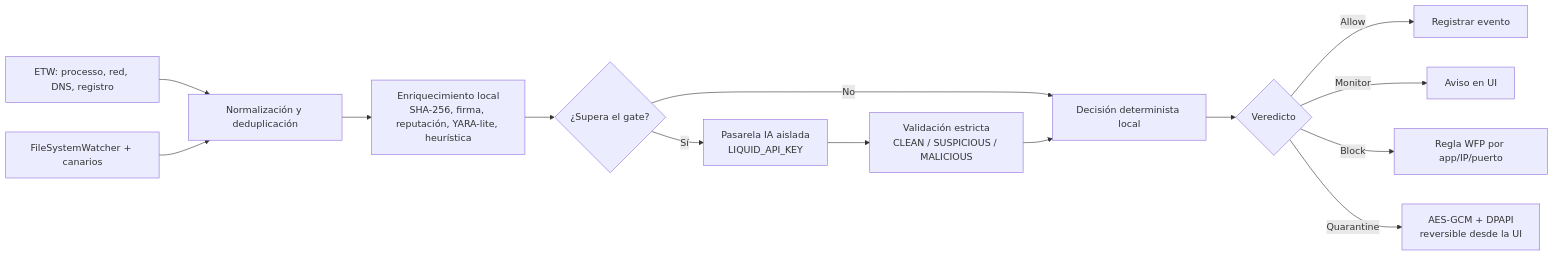
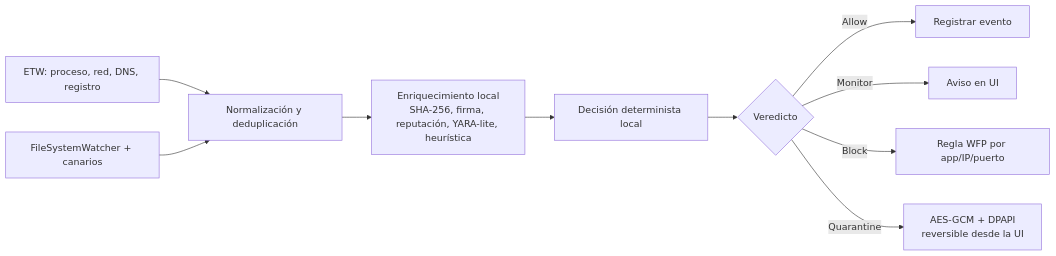
Before and after one commit to superbrucesecurity/AegisGuard: the diagram in docs/COMO-FUNCIONA.md, drawn with Mermaid. The commit also changed other lines of this file and 27 other files, not shown here.

````diff
--- a/docs/COMO-FUNCIONA.md
+++ b/docs/COMO-FUNCIONA.md
@@ -9,16 +9,12 @@
 ```mermaid
 flowchart LR
-  A[ETW: processo, red, DNS, registro] --> N[Normalización y deduplicación]
+  A[ETW: proceso, red, DNS, registro] --> N[Normalización y deduplicación]
   B[FileSystemWatcher + canarios] --> N
   N --> E[Enriquecimiento local\nSHA-256, firma, reputación, YARA-lite, heurística]
-  E --> G{¿Supera el gate?}
-  G -- No --> D[Decisión determinista local]
-  G -- Sí --> P[Pasarela IA aislada\nLIQUID_API_KEY]
-  P --> V[Validación estricta\nCLEAN / SUSPICIOUS / MALICIOUS]
-  V --> D
+  E --> D[Decisión determinista local]
   D --> R{Veredicto}
   R -- Allow --> X[Registrar evento]
   R -- Monitor --> Y[Aviso en UI]
   R -- Block --> Z[Regla WFP por app/IP/puerto]
   R -- Quarantine --> Q[AES-GCM + DPAPI\nreversible desde la UI]
 ```
````
